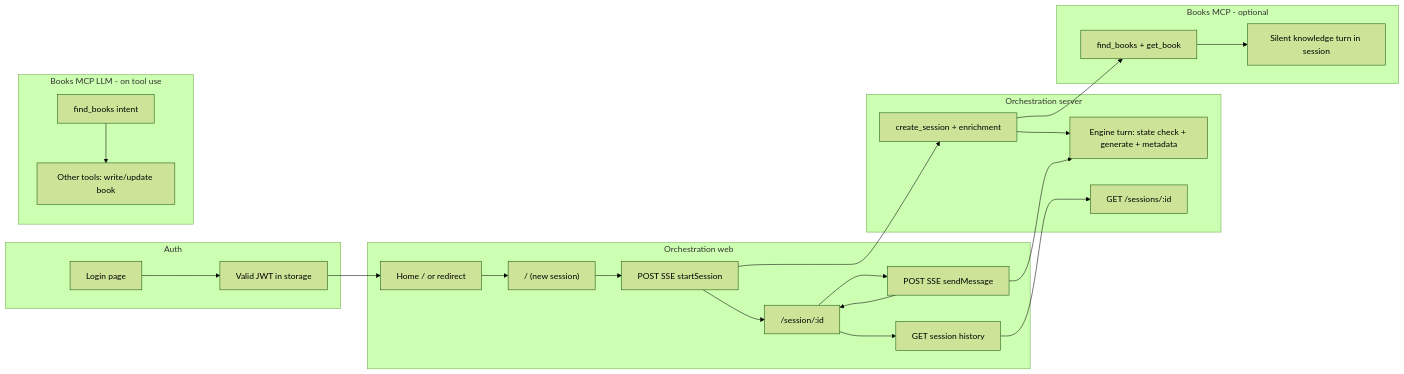
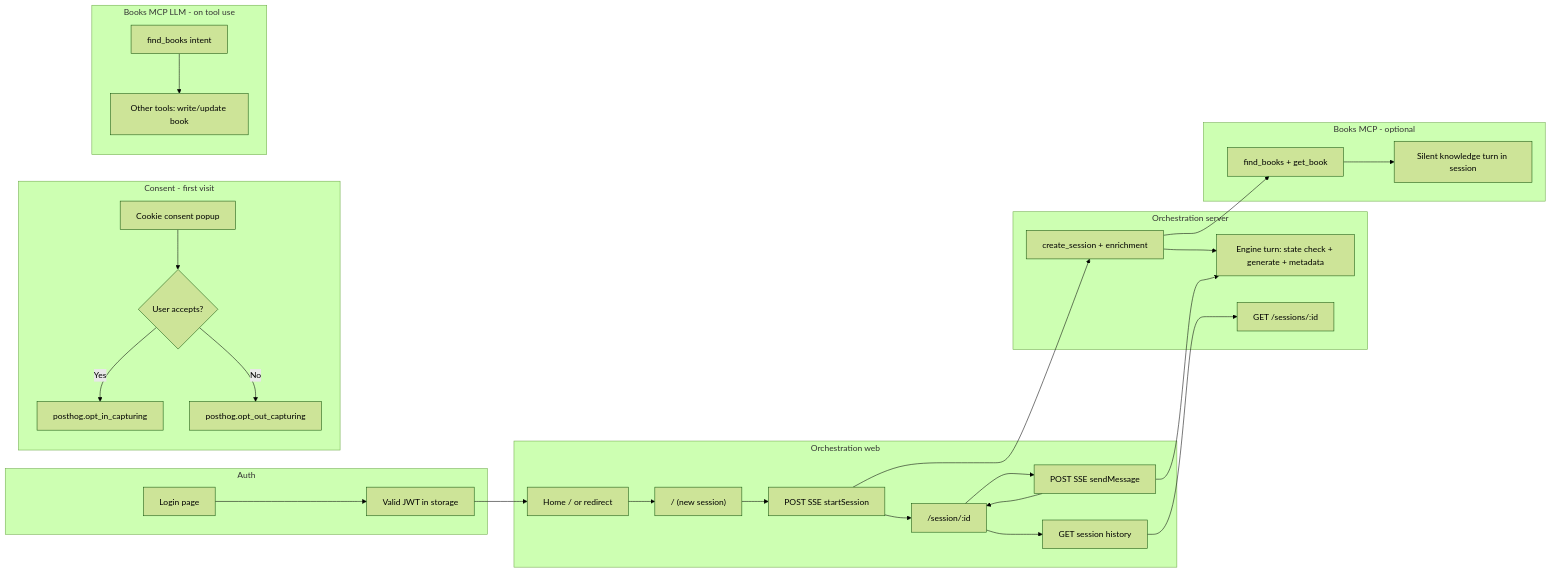
One commit to BobLeBuildeur/DiscordBot changed the diagram in plans/2026-04-07-posthog-product-and-llm-analytics-plan.md. Above: the diagram before and after it, drawn with Mermaid (forest theme). The commit also changed other lines of this file, not shown here.

Commit message:
docs: add cookie consent and default PostHog opt-out to analytics plan

````diff
--- a/plans/2026-04-07-posthog-product-and-llm-analytics-plan.md
+++ b/plans/2026-04-07-posthog-product-and-llm-analytics-plan.md
@@ -39,32 +41,38 @@
 ```mermaid
 flowchart LR
   subgraph auth [Auth]
     A[Login page] --> B[Valid JWT in storage]
+  end
+
+  subgraph consent [Consent - first visit]
+    Z[Cookie consent popup] --> ZA{User accepts?}
+    ZA -->|Yes| ZB[posthog.opt_in_capturing]
+    ZA -->|No| ZC[posthog.opt_out_capturing]
   end
 
   subgraph app [Orchestration web]
     B --> C[Home / or redirect]
     C --> D["/ (new session)"]
     D --> E[POST SSE startSession]
     E --> F["/session/:id"]
     F --> G[GET session history]
     F --> H[POST SSE sendMessage]
     H --> F
   end
 
   subgraph server [Orchestration server]
     E --> I[create_session + enrichment]
     I --> J[Engine turn: state check + generate + metadata]
     H --> J
     G --> K[GET /sessions/:id]
   end
 
   subgraph enrichment [Books MCP - optional]
     I --> L[find_books + get_book]
     L --> M[Silent knowledge turn in session]
   end
 
   subgraph books_llm [Books MCP LLM - on tool use]
     N[find_books intent] --> O[Other tools: write/update book]
   end
 ```
````
